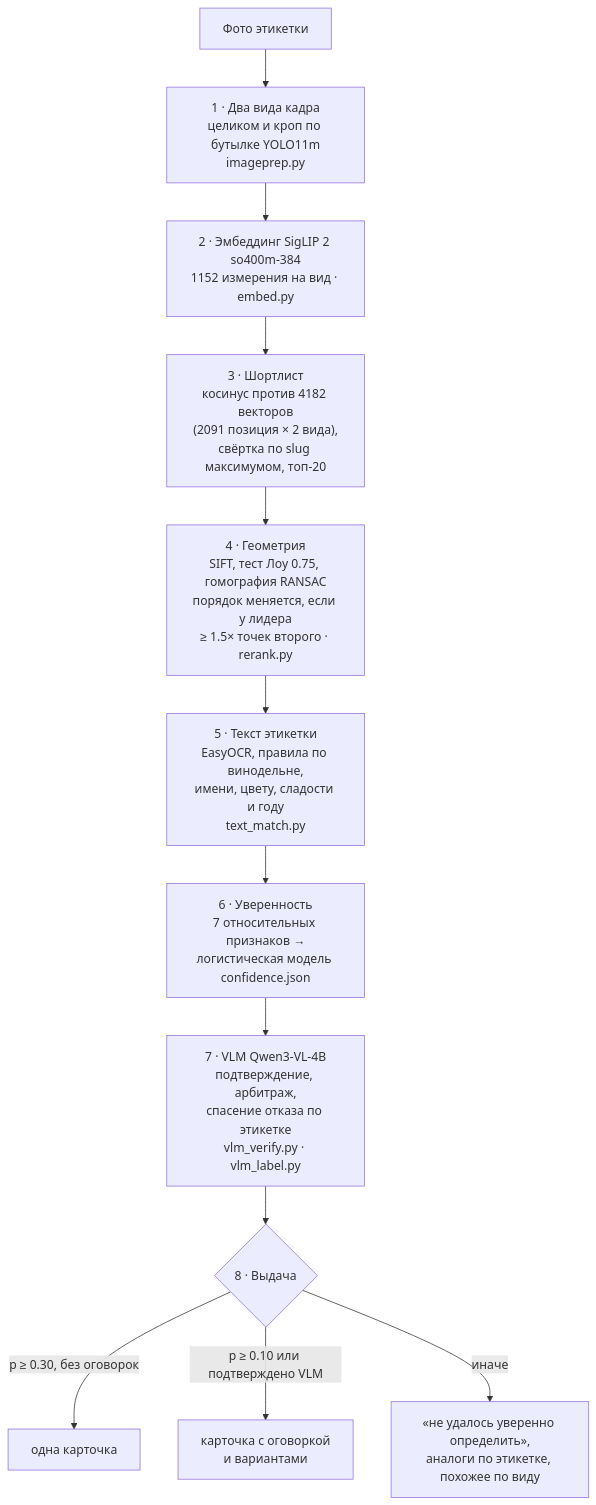
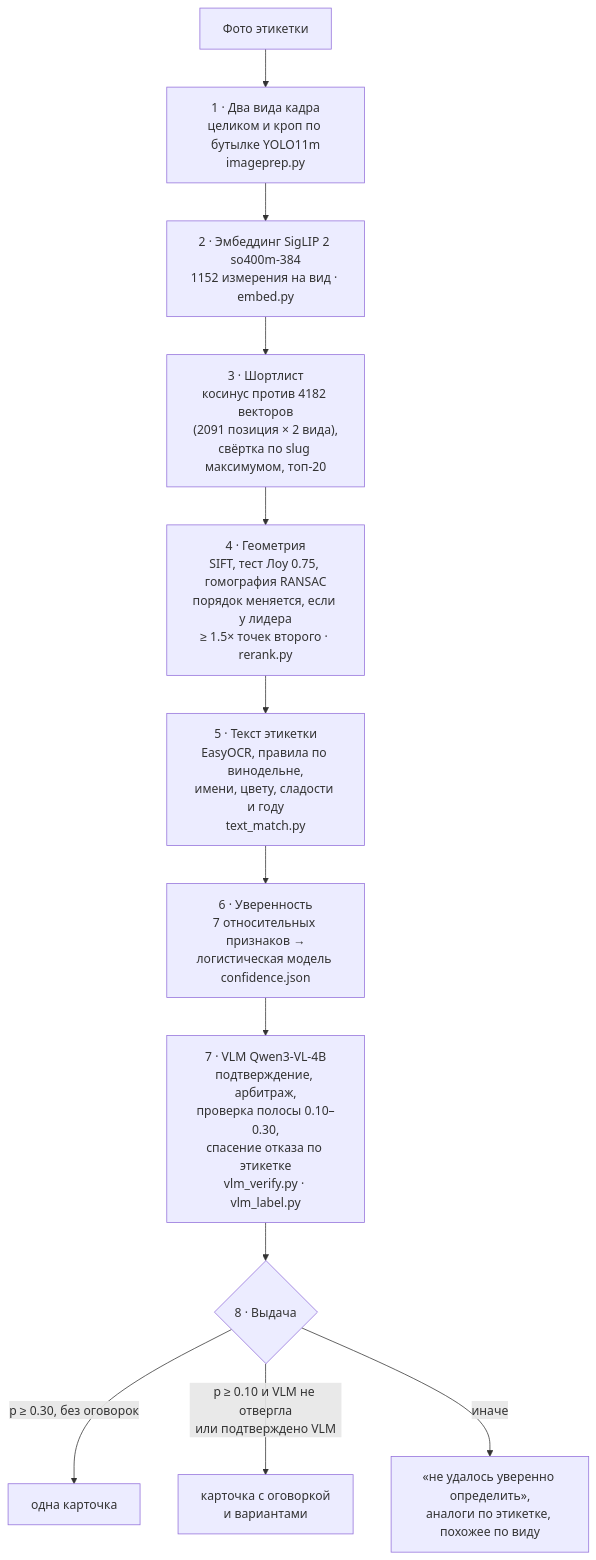
The second of 5 diagrams in ARCHITECTURE.md (AlexGvr/rus_vines), drawn with Mermaid before and after one commit. The commit also changed other lines of this file and 7 other files, not shown here.

First line of the commit message:
feat: проверка лидера VLM в полосе «скорее всего» (VLM_BAND_VETO)

````diff
--- a/ARCHITECTURE.md
+++ b/ARCHITECTURE.md
@@ -30,14 +30,14 @@
 ```mermaid
 flowchart TD
     photo["Фото этикетки"] --> views["1 · Два вида кадра<br/>целиком и кроп по бутылке YOLO11m<br/>imageprep.py"]
     views --> emb["2 · Эмбеддинг SigLIP 2 so400m-384<br/>1152 измерения на вид · embed.py"]
     emb --> short["3 · Шортлист<br/>косинус против 4182 векторов<br/>(2091 позиция × 2 вида),<br/>свёртка по slug максимумом, топ-20"]
     short --> geo["4 · Геометрия<br/>SIFT, тест Лоу 0.75, гомография RANSAC<br/>порядок меняется, если у лидера<br/>≥ 1.5× точек второго · rerank.py"]
     geo --> text["5 · Текст этикетки<br/>EasyOCR, правила по винодельне,<br/>имени, цвету, сладости и году<br/>text_match.py"]
     text --> conf["6 · Уверенность<br/>7 относительных признаков →<br/>логистическая модель confidence.json"]
-    conf --> vlm["7 · VLM Qwen3-VL-4B<br/>подтверждение, арбитраж,<br/>спасение отказа по этикетке<br/>vlm_verify.py · vlm_label.py"]
+    conf --> vlm["7 · VLM Qwen3-VL-4B<br/>подтверждение, арбитраж,<br/>проверка полосы 0.10–0.30,<br/>спасение отказа по этикетке<br/>vlm_verify.py · vlm_label.py"]
     vlm --> out{"8 · Выдача"}
     out -->|"p ≥ 0.30, без оговорок"| c1["одна карточка"]
-    out -->|"p ≥ 0.10 или подтверждено VLM"| c2["карточка с оговоркой<br/>и вариантами"]
+    out -->|"p ≥ 0.10 и VLM не отвергла<br/>или подтверждено VLM"| c2["карточка с оговоркой<br/>и вариантами"]
     out -->|"иначе"| c3["«не удалось уверенно определить»,<br/>аналоги по этикетке, похожее по виду"]
 ```
````
